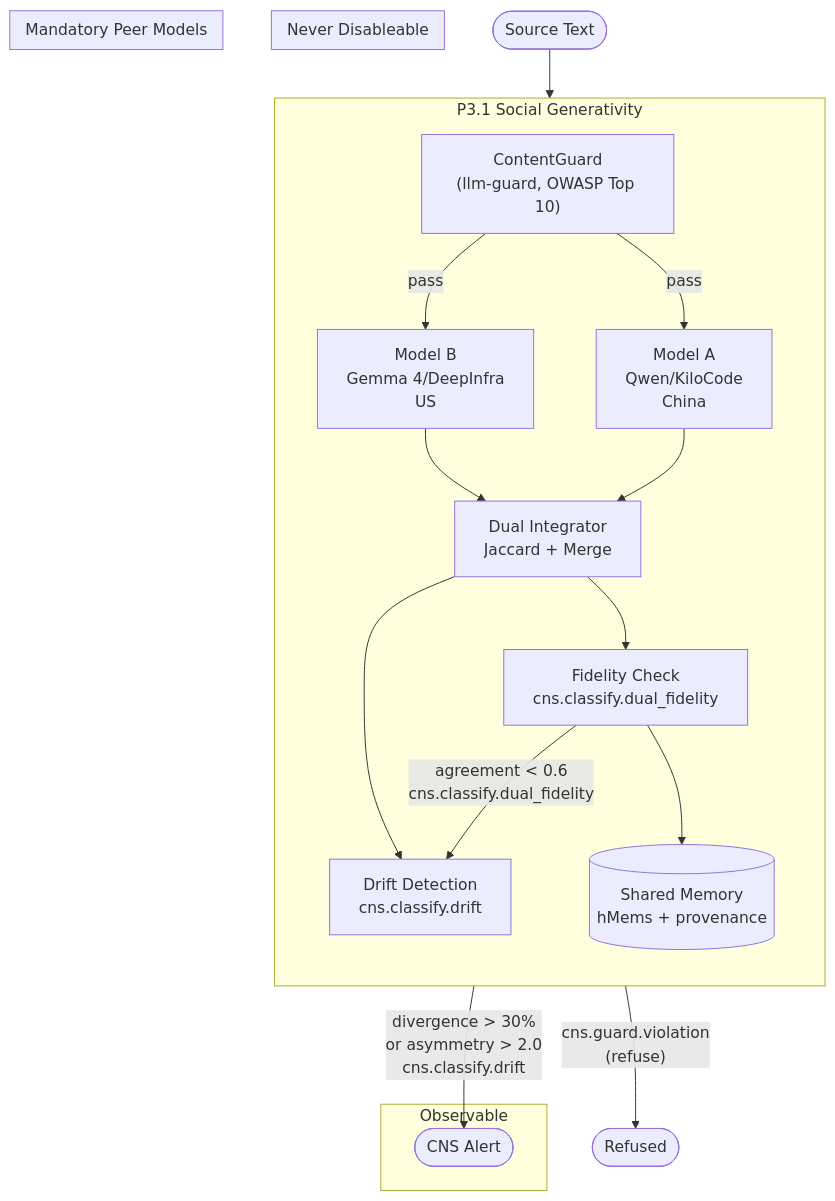
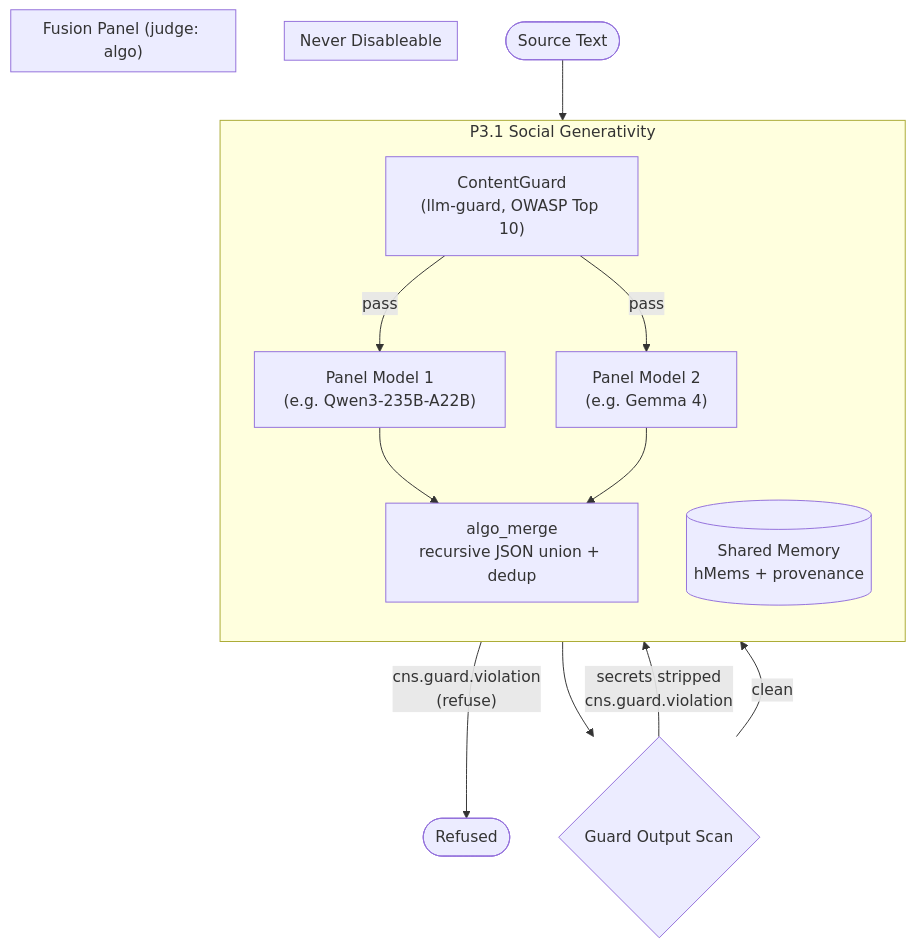
Diagram 11 of 15 in docs/explanation/architecture-patterns.md (mdz-axo/hKask), drawn with Mermaid before and after one commit. The commit also changed other lines of this file and 25 other files, not shown here.

First line of the commit message:
Unify dual-model classification into algo fusion path

````diff
--- a/docs/explanation/architecture-patterns.md
+++ b/docs/explanation/architecture-patterns.md
@@ -1902,41 +1901,31 @@
 ```mermaid
 flowchart TD
     subgraph "P3.1 Social Generativity"
         direction TB
         G["ContentGuard\n(llm-guard, OWASP Top 10)"]
-        MA["Model A\nQwen/KiloCode\nChina"]
-        MB["Model B\nGemma 4/DeepInfra\nUS"]
-        I["Dual Integrator\nJaccard + Merge"]
-        CD["Drift Detection\ncns.classify.drift"]
-        FD["Fidelity Check\ncns.classify.dual_fidelity"]
+        P1["Panel Model 1\n(e.g. Qwen3-235B-A22B)"]
+        P2["Panel Model 2\n(e.g. Gemma 4)"]
+        AM["algo_merge\nrecursive JSON union + dedup"]
         SM[("Shared Memory\nhMems + provenance")]
     end
 
     IN([Source Text]) --> G
     G -->|"cns.guard.violation\n(refuse)"| RJ([Refused])
-    G -->|pass| MA
-    G -->|pass| MB
-    MA --> I
-    MB --> I
-    I --> FD
-    FD -->|"agreement < 0.6\ncns.classify.dual_fidelity"| CD
-    FD --> SM
-    I --> CD
-    CD -->|"divergence > 30%\nor asymmetry > 2.0\ncns.classify.drift"| CNS([CNS Alert])
+    G -->|pass| P1
+    G -->|pass| P2
+    P1 --> AM
+    P2 --> AM
+    AM --> GO{Guard Output Scan}
+    GO -->|"secrets stripped\ncns.guard.violation"| AM
+    GO -->|clean| SM
 
     subgraph "Never Disableable"
         G
     end
 
-    subgraph "Mandatory Peer Models"
-        MA
-        MB
-        I
-    end
-
-    subgraph "Observable"
-        FD
-        CD
-        CNS
+    subgraph "Fusion Panel (judge: algo)"
+        P1
+        P2
+        AM
     end
 ```
````
